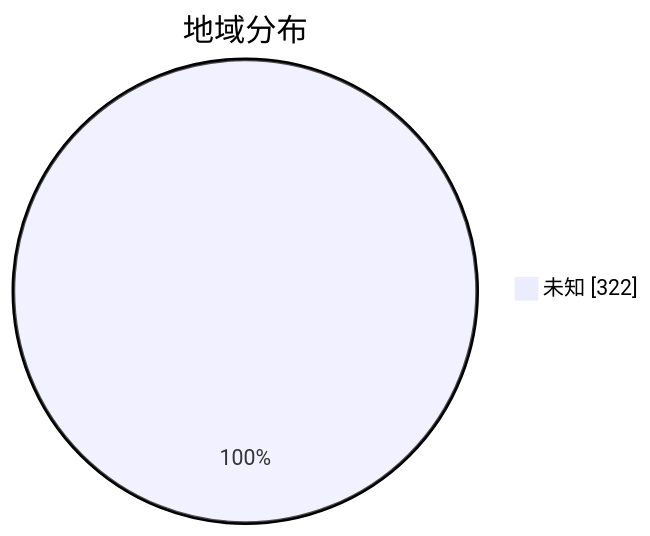
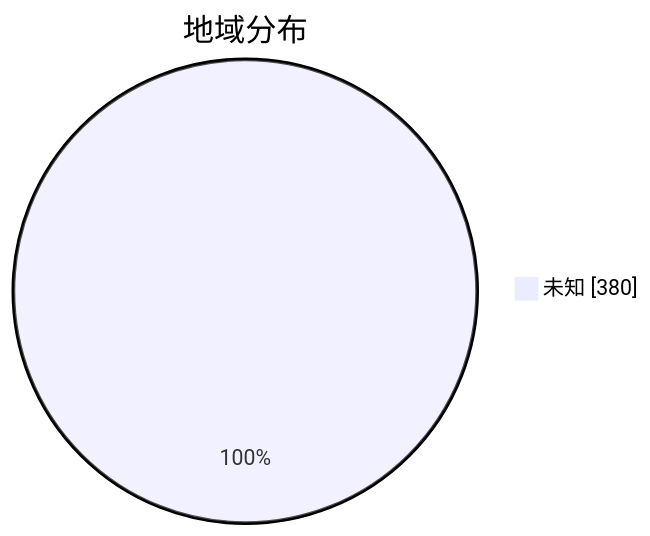
One commit to qjlxg/airport changed the second of 3 diagrams in subs/statistics/tested_within.md. Above: the diagram before and after it, drawn with Mermaid. The commit also changed other lines of this file and 2 other files, not shown here.

````diff
--- a/subs/statistics/tested_within.md
+++ b/subs/statistics/tested_within.md
@@ -14,5 +14,5 @@
 ```mermaid
 pie showData
 title 地域分布
-"未知" : 322
+"未知" : 380
 ```
````
